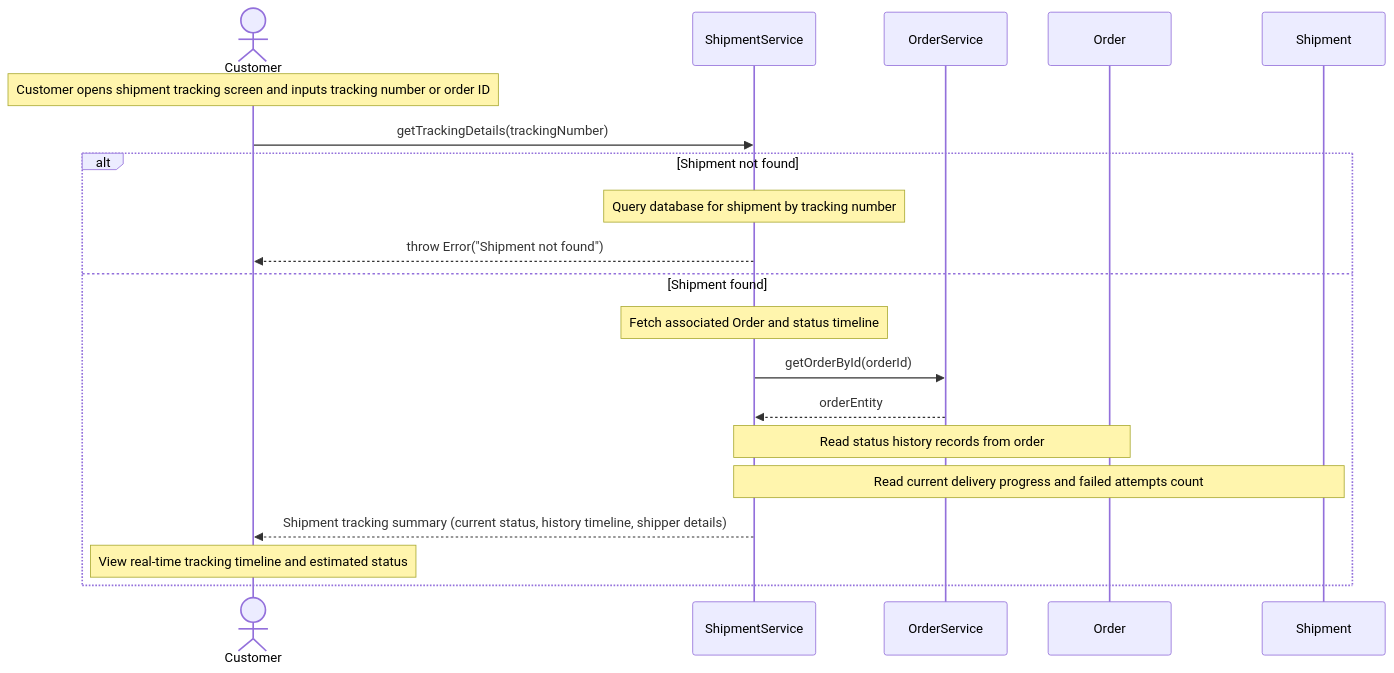
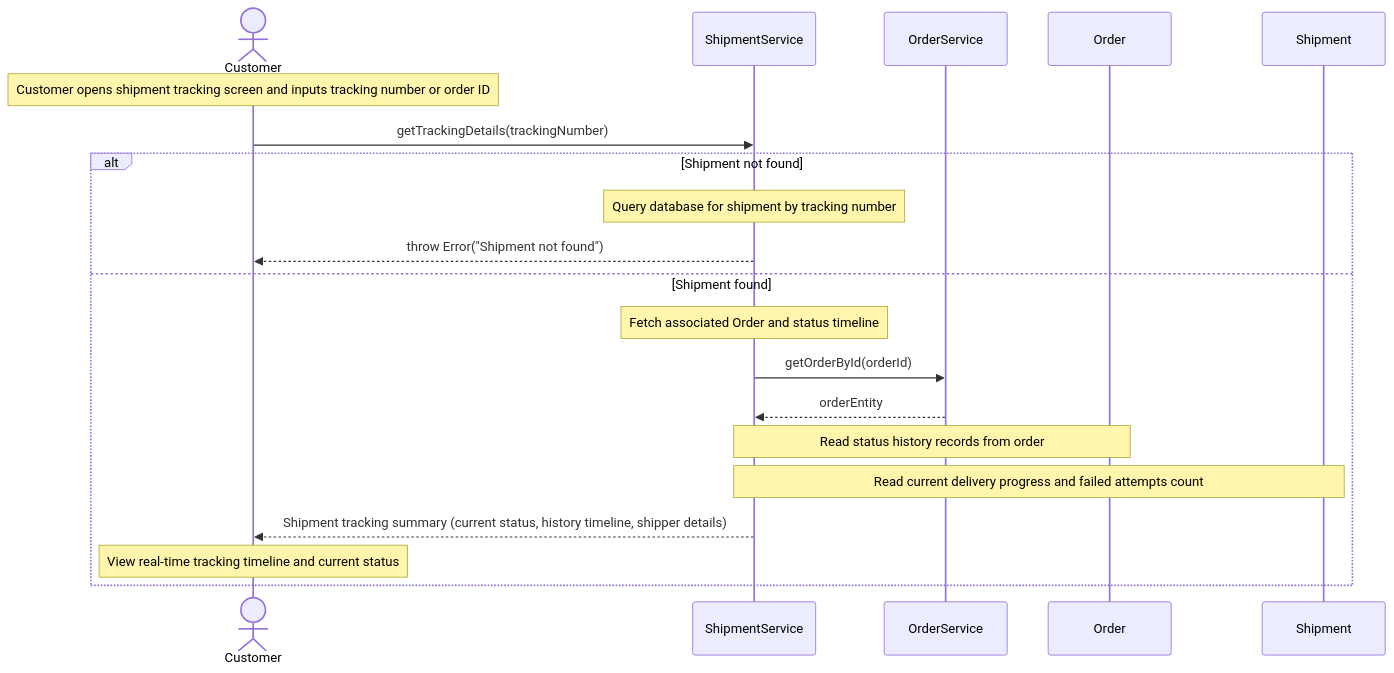
Before and after one commit to MinhNhat-hub/GiaoHangThuongMaiDienTu: the diagram in diagrams/seq-track-shipment.mmd, drawn with Mermaid. The commit also changed 3 other files, not shown here.

```diff
--- a/diagrams/seq-track-shipment.mmd
+++ b/diagrams/seq-track-shipment.mmd
@@ -1,25 +1,25 @@
 sequenceDiagram
   actor Customer
   participant ShipmentService
   participant OrderService
   participant Order
   participant Shipment
 
   Note over Customer: Customer opens shipment tracking screen and inputs tracking number or order ID
 
   Customer->>ShipmentService: getTrackingDetails(trackingNumber)
 
   alt Shipment not found
     Note over ShipmentService: Query database for shipment by tracking number
     ShipmentService-->>Customer: throw Error("Shipment not found")
   else Shipment found
     Note over ShipmentService: Fetch associated Order and status timeline
     ShipmentService->>OrderService: getOrderById(orderId)
     OrderService-->>ShipmentService: orderEntity
 
     Note over ShipmentService, Order: Read status history records from order
     Note over ShipmentService, Shipment: Read current delivery progress and failed attempts count
 
     ShipmentService-->>Customer: Shipment tracking summary (current status, history timeline, shipper details)
-    Note over Customer: View real-time tracking timeline and estimated status
+    Note over Customer: View real-time tracking timeline and current status
   end
```
